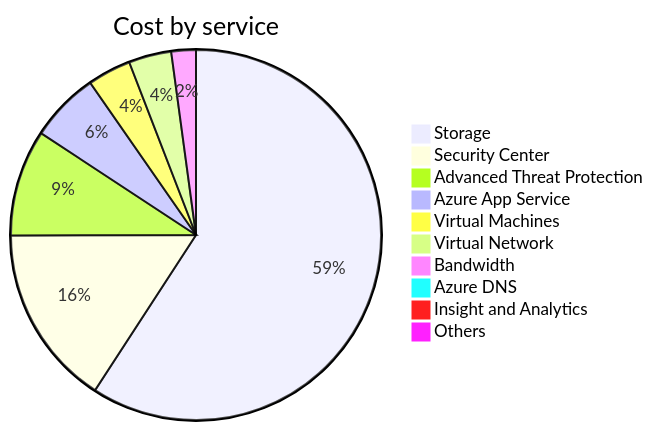
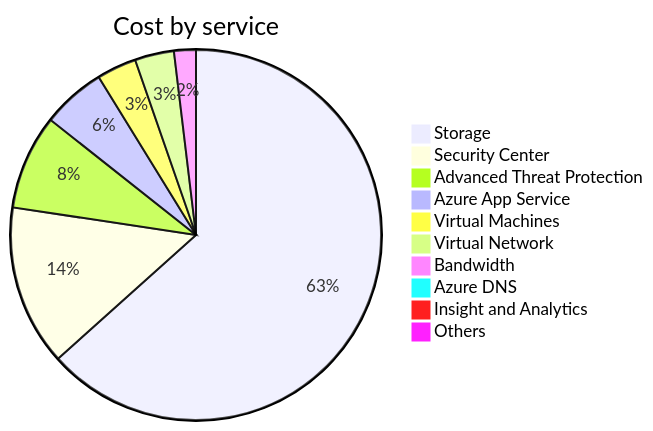
The second of 4 diagrams in cost-reports/accumulated-cost.md (jpfulton/azure-personal-reports), drawn with Mermaid before and after one commit. The commit also changed other lines of this file and 33 other files, not shown here.

````diff
--- a/cost-reports/accumulated-cost.md
+++ b/cost-reports/accumulated-cost.md
@@ -102,14 +102,14 @@
 ```mermaid
 pie
    title Cost by service
-   "Storage" : 74.19
+   "Storage" : 89.42
    "Security Center" : 19.78
-   "Advanced Threat Protection" : 11.66
-   "Azure App Service" : 7.62
-   "Virtual Machines" : 4.76
-   "Virtual Network" : 4.67
+   "Advanced Threat Protection" : 11.67
+   "Azure App Service" : 7.84
+   "Virtual Machines" : 4.89
+   "Virtual Network" : 4.82
    "Bandwidth" : 2.69
-   "Azure DNS" : 0.63
+   "Azure DNS" : 0.65
    "Insight and Analytics" : 0.00
    "Others" : 0.00
 ```
````
